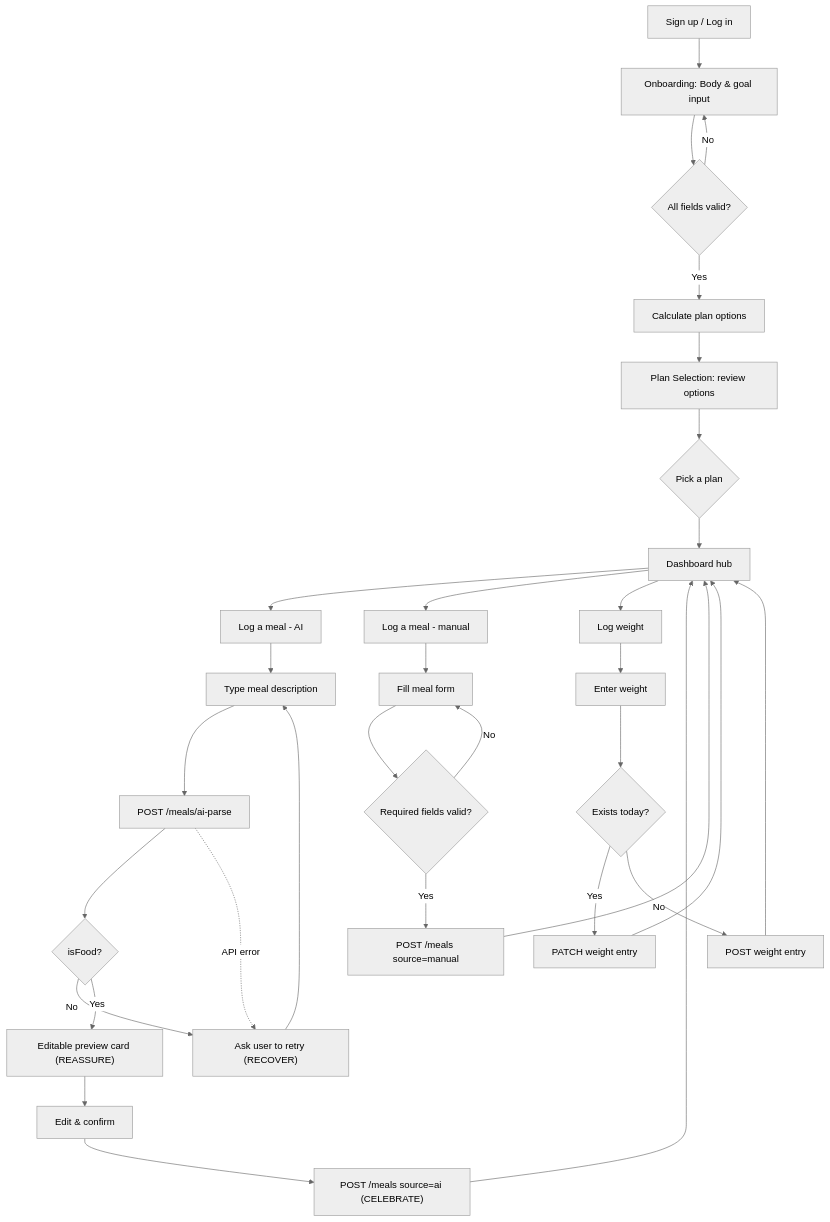
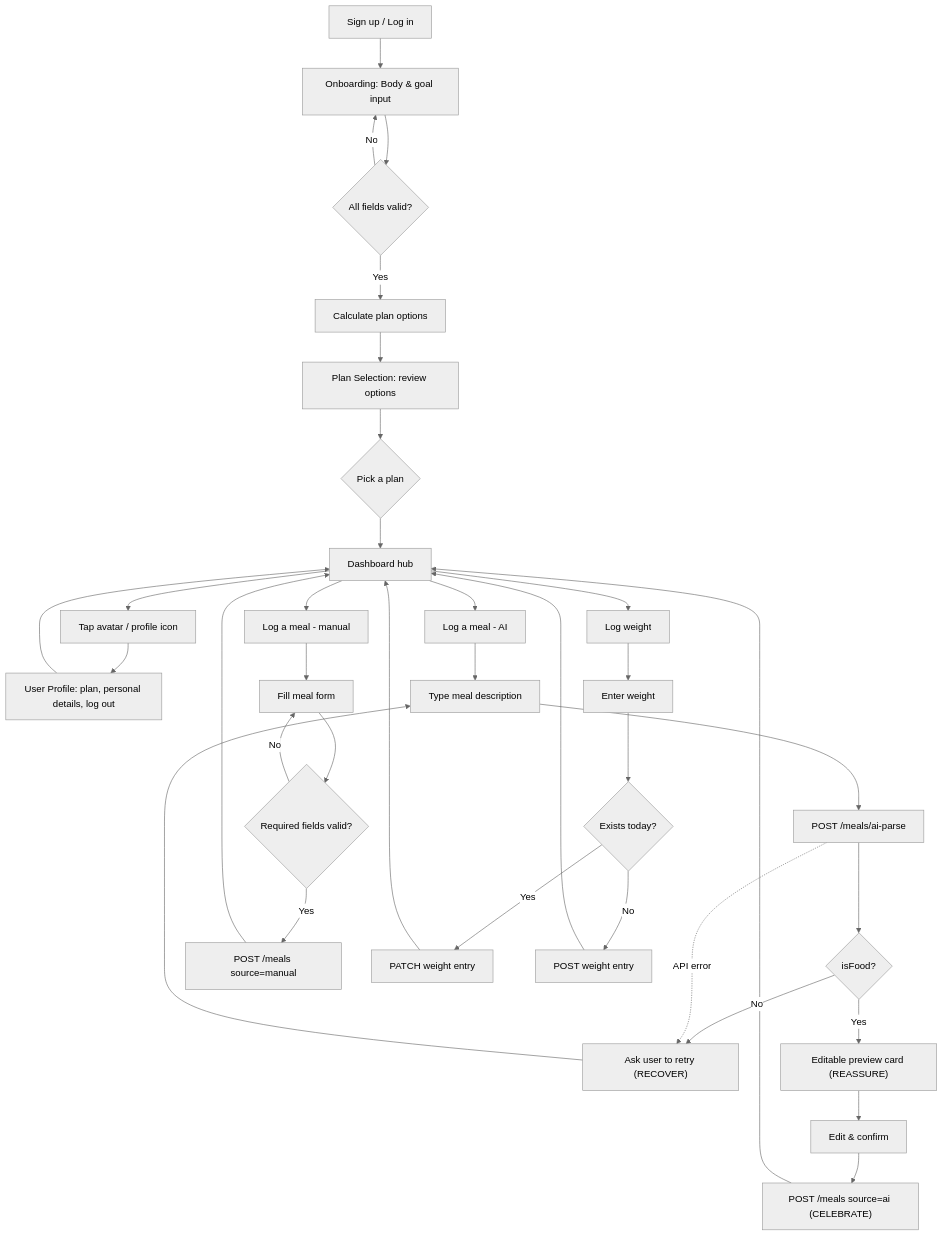
Before and after one commit to valentyn-vb/FoodNote: the diagram in docs/design/foodnote-design-summary.md, drawn with Mermaid (neutral theme). The commit also changed other lines of this file and 2 other files, not shown here.

Commit message:
Add User Profile to design system (flow, wireframe, hi-fi)
Corrects the User Profile place that was dropped into the Product
Flow spine as an unlabeled Dashboard duplicate — restructures it as a
proper action-branch from the hub (F08), consistent with the other
core-loop branches, then carries it through Wireframe and High
Fidelity. No mascot: Profile is a routine settings surface.

````diff
--- a/docs/design/foodnote-design-summary.md
+++ b/docs/design/foodnote-design-summary.md
@@ -22,38 +22,41 @@
 ```mermaid
 flowchart TD
     A[Sign up / Log in] --> B[Onboarding: Body & goal input]
     B --> C{All fields valid?}
     C -->|No| B
     C -->|Yes| D[Calculate plan options]
     D --> E[Plan Selection: review options]
     E --> F{Pick a plan}
     F --> G[Dashboard hub]
 
     G --> H[Log a meal - AI]
     G --> I[Log a meal - manual]
     G --> J[Log weight]
+    G --> K[Tap avatar / profile icon]
+    K --> K1[User Profile: plan, personal details, log out]
+    K1 --> G
 
     H --> H1[Type meal description]
     H1 --> H2[POST /meals/ai-parse]
     H2 --> H3{isFood?}
     H3 -->|No| H4["Ask user to retry (RECOVER)"]
     H4 --> H1
     H3 -->|Yes| H5["Editable preview card (REASSURE)"]
     H5 --> H6[Edit & confirm]
     H6 --> H7["POST /meals source=ai (CELEBRATE)"]
     H7 --> G
     H2 -.API error.-> H4
 
     I --> I1[Fill meal form]
     I1 --> I2{Required fields valid?}
     I2 -->|No| I1
     I2 -->|Yes| I3[POST /meals source=manual]
     I3 --> G
 
     J --> J1[Enter weight]
     J1 --> J2{Exists today?}
     J2 -->|Yes| J3[PATCH weight entry]
     J2 -->|No| J4[POST weight entry]
     J3 --> G
     J4 --> G
 ```
````
